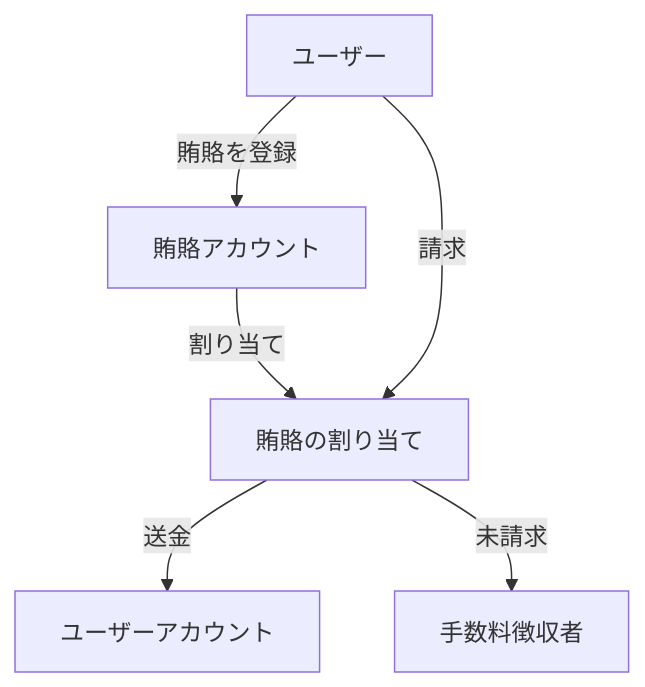
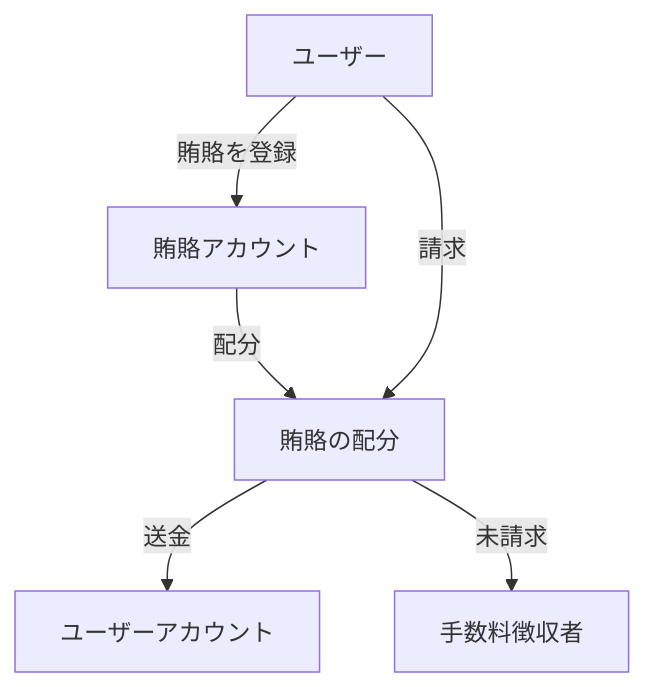
Before and after one commit to sunriselayer/gitbook: the diagram in ja/learn/sunrise/bribes.md, drawn with Mermaid. The commit also changed other lines of this file and 7 other files, not shown here.

````diff
--- a/ja/learn/sunrise/bribes.md
+++ b/ja/learn/sunrise/bribes.md
@@ -100,8 +100,8 @@
 ```mermaid
 flowchart TD
     User[ユーザー] -->|賄賂を登録| BribeAccount[賄賂アカウント]
-    BribeAccount -->|割り当て| Allocation[賄賂の割り当て]
+    BribeAccount -->|配分| Allocation[賄賂の配分]
     User -->|請求| Allocation
     Allocation -->|送金| UserAccount[ユーザーアカウント]
     Allocation -->|未請求| FeeCollector[手数料徴収者]
 ```
````
